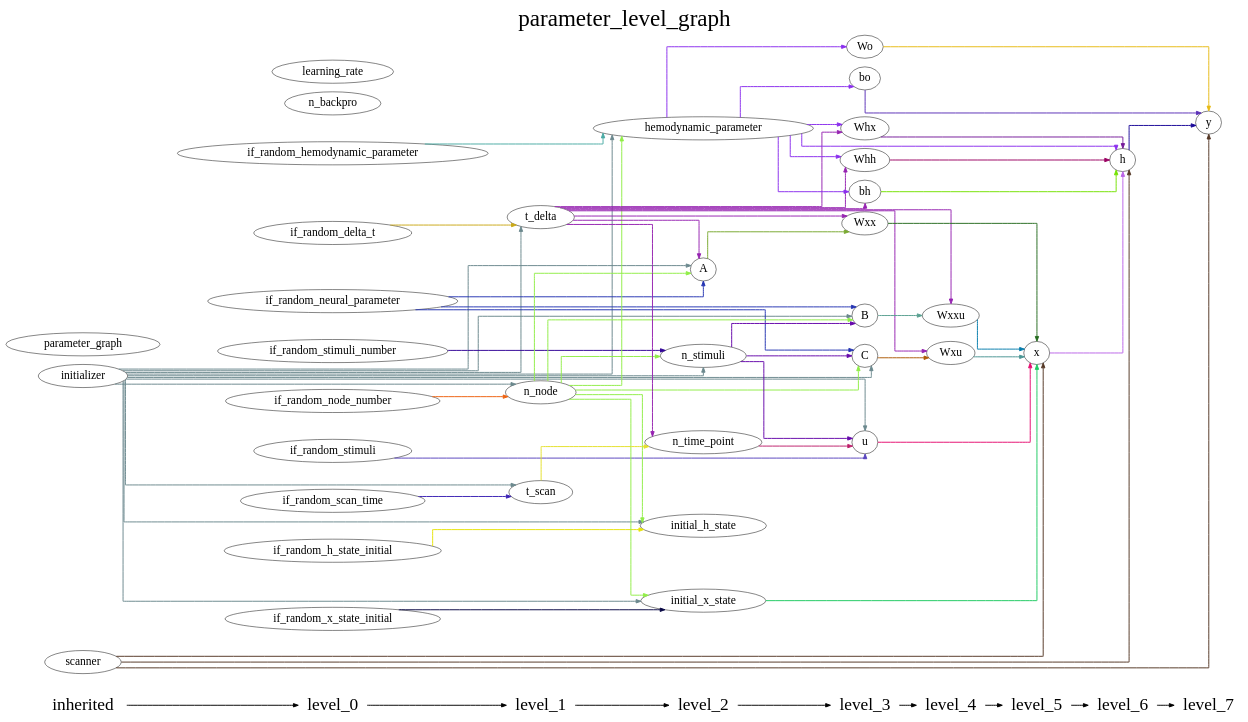
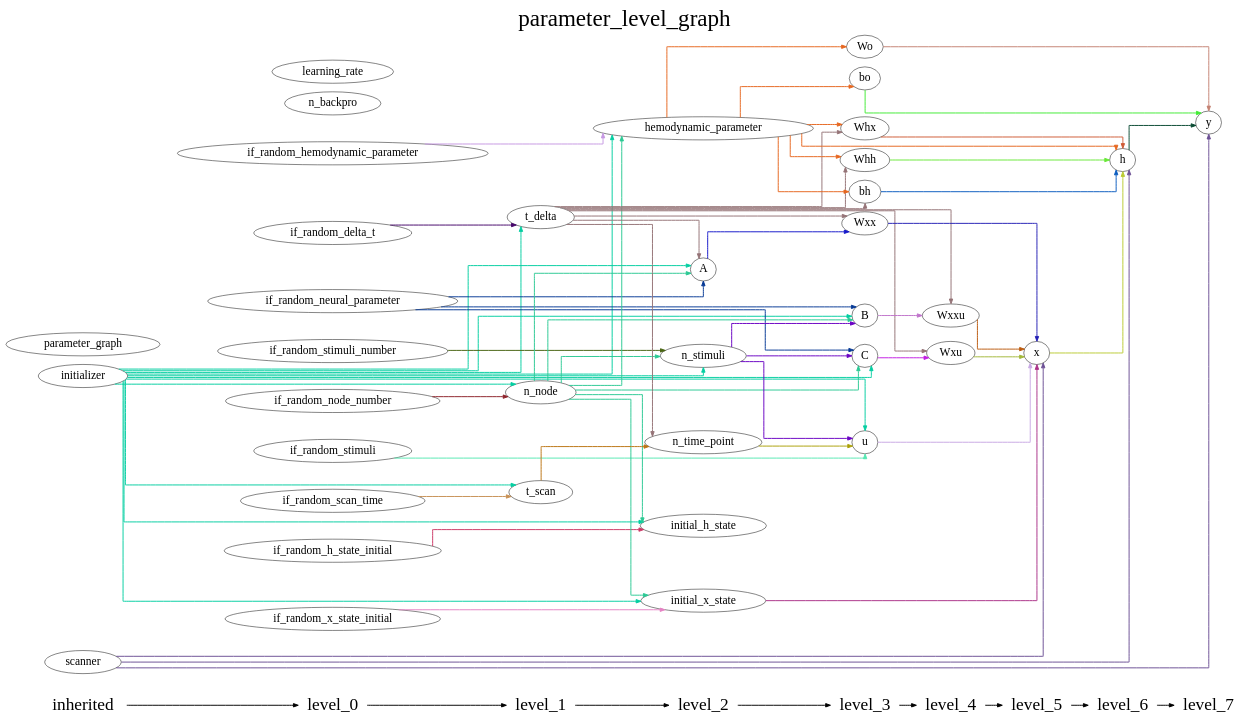
The diagram in DCM_RNN/documents/parameter_level_graph.gv (YuanWangOnward/DCM_RNN), drawn with Graphviz before and after one commit. The commit also changed 4 other files, not shown here.

```diff
--- a/DCM_RNN/documents/parameter_level_graph.gv
+++ b/DCM_RNN/documents/parameter_level_graph.gv
@@ -1,156 +1,156 @@
 digraph G {
           splines=ortho;
           fontsize = 48;
           rankdir = "LR";
           node[fontsize=24];
           edge[penwidth=2];
           {
           node [shape=plaintext fontsize=36];
           inherited -> 
           level_0 -> 
           level_1 -> 
           level_2 -> 
           level_3 -> 
           level_4 -> 
           level_5 -> 
           level_6 -> 
           level_7
           }
           {rank = same;
           inherited;
           initializer;
           parameter_graph;
           scanner;
           }
           {rank = same;
           level_0;
           if_random_neural_parameter;
           if_random_hemodynamic_parameter;
           if_random_x_state_initial;
           if_random_h_state_initial;
           if_random_stimuli;
           if_random_node_number;
           if_random_stimuli_number;
           if_random_delta_t;
           if_random_scan_time;
           n_backpro;
           learning_rate;
           }
           {rank = same;
           level_1;
           n_node;
           t_delta;
           t_scan;
           }
           {rank = same;
           level_2;
           n_time_point;
           n_stimuli;
           A;
           hemodynamic_parameter;
           initial_x_state;
           initial_h_state;
           }
           {rank = same;
           level_3;
           u;
           B;
           C;
           Wxx;
           Whx;
           Whh;
           bh;
           Wo;
           bo;
           }
           {rank = same;
           level_4;
           Wxxu;
           Wxu;
           }
           {rank = same;
           level_5;
           x;
           }
           {rank = same;
           level_6;
           h;
           }
           {rank = same;
           level_7;
           y;
           }
-          u -> x [color="#E60C70"];
-          Wo -> y [color="#E7BA15"];
-          t_delta -> A [color="#9623B1"];
-          t_delta -> n_time_point [color="#9623B1"];
-          t_delta -> Whh [color="#9623B1"];
-          t_delta -> Wxx [color="#9623B1"];
-          t_delta -> Wxxu [color="#9623B1"];
-          t_delta -> Wxu [color="#9623B1"];
-          t_delta -> Whx [color="#9623B1"];
-          t_delta -> bh [color="#9623B1"];
-          initializer -> u [color="#6B888E"];
-          initializer -> t_delta [color="#6B888E"];
-          initializer -> n_stimuli [color="#6B888E"];
-          initializer -> t_scan [color="#6B888E"];
-          initializer -> hemodynamic_parameter [color="#6B888E"];
-          initializer -> C [color="#6B888E"];
-          initializer -> B [color="#6B888E"];
-          initializer -> n_node [color="#6B888E"];
-          initializer -> A [color="#6B888E"];
-          initializer -> initial_h_state [color="#6B888E"];
-          initializer -> initial_x_state [color="#6B888E"];
-          if_random_x_state_initial -> initial_x_state [color="#080744"];
+          t_delta -> n_time_point [color="#957377"];
+          t_delta -> Wxu [color="#957377"];
+          t_delta -> bh [color="#957377"];
+          t_delta -> Whh [color="#957377"];
+          t_delta -> Wxxu [color="#957377"];
+          t_delta -> Wxx [color="#957377"];
+          t_delta -> A [color="#957377"];
+          t_delta -> Whx [color="#957377"];
+          n_time_point -> u [color="#ACA109"];
+          initial_x_state -> x [color="#AB3288"];
+          Wxu -> x [color="#A2B73A"];
+          scanner -> x [color="#6C5095"];
+          scanner -> h [color="#6C5095"];
+          scanner -> y [color="#6C5095"];
+          n_node -> n_stimuli [color="#2BC994"];
+          n_node -> initial_x_state [color="#2BC994"];
+          n_node -> hemodynamic_parameter [color="#2BC994"];
+          n_node -> initial_h_state [color="#2BC994"];
+          n_node -> B [color="#2BC994"];
+          n_node -> C [color="#2BC994"];
+          n_node -> A [color="#2BC994"];
+          bh -> h [color="#0B5CC0"];
+          if_random_delta_t -> t_delta [color="#46066A"];
+          initializer -> t_delta [color="#04CEA1"];
+          initializer -> n_node [color="#04CEA1"];
+          initializer -> n_stimuli [color="#04CEA1"];
+          initializer -> initial_x_state [color="#04CEA1"];
+          initializer -> hemodynamic_parameter [color="#04CEA1"];
+          initializer -> u [color="#04CEA1"];
+          initializer -> initial_h_state [color="#04CEA1"];
+          initializer -> B [color="#04CEA1"];
+          initializer -> C [color="#04CEA1"];
+          initializer -> A [color="#04CEA1"];
+          initializer -> t_scan [color="#04CEA1"];
+          learning_rate ;
+          Wxxu -> x [color="#BC5A0E"];
+          if_random_scan_time -> t_scan [color="#C89155"];
+          Wo -> y [color="#C58373"];
+          n_stimuli -> u [color="#6A03C4"];
+          n_stimuli -> B [color="#6A03C4"];
+          n_stimuli -> C [color="#6A03C4"];
+          if_random_neural_parameter -> B [color="#063995"];
+          if_random_neural_parameter -> C [color="#063995"];
+          if_random_neural_parameter -> A [color="#063995"];
+          Whh -> h [color="#69E839"];
+          if_random_x_state_initial -> initial_x_state [color="#E582C4"];
+          Whx -> h [color="#CE5B36"];
+          hemodynamic_parameter -> bh [color="#E66720"];
+          hemodynamic_parameter -> Wo [color="#E66720"];
+          hemodynamic_parameter -> Whh [color="#E66720"];
+          hemodynamic_parameter -> bo [color="#E66720"];
+          hemodynamic_parameter -> h [color="#E66720"];
+          hemodynamic_parameter -> Whx [color="#E66720"];
+          parameter_graph ;
+          u -> x [color="#C8A9E4"];
+          Wxx -> x [color="#2420B5"];
           initial_h_state ;
+          B -> Wxxu [color="#C073CB"];
           n_backpro ;
-          if_random_neural_parameter -> C [color="#2535B2"];
-          if_random_neural_parameter -> B [color="#2535B2"];
-          if_random_neural_parameter -> A [color="#2535B2"];
-          t_scan -> n_time_point [color="#E4E02B"];
-          hemodynamic_parameter -> Wo [color="#8A2EEE"];
-          hemodynamic_parameter -> Whh [color="#8A2EEE"];
-          hemodynamic_parameter -> bo [color="#8A2EEE"];
-          hemodynamic_parameter -> Whx [color="#8A2EEE"];
-          hemodynamic_parameter -> h [color="#8A2EEE"];
-          hemodynamic_parameter -> bh [color="#8A2EEE"];
-          if_random_scan_time -> t_scan [color="#3C23B5"];
-          C -> Wxu [color="#AE5B07"];
-          B -> Wxxu [color="#59A091"];
-          Wxx -> x [color="#266C20"];
-          n_node -> n_stimuli [color="#91EE48"];
-          n_node -> hemodynamic_parameter [color="#91EE48"];
-          n_node -> C [color="#91EE48"];
-          n_node -> B [color="#91EE48"];
-          n_node -> A [color="#91EE48"];
-          n_node -> initial_h_state [color="#91EE48"];
-          n_node -> initial_x_state [color="#91EE48"];
-          if_random_hemodynamic_parameter -> hemodynamic_parameter [color="#4BABA5"];
-          scanner -> x [color="#543725"];
-          scanner -> h [color="#543725"];
-          scanner -> y [color="#543725"];
-          parameter_graph ;
-          if_random_node_number -> n_node [color="#EE6210"];
-          A -> Wxx [color="#79A930"];
-          n_time_point -> u [color="#BE206C"];
-          learning_rate ;
-          h -> y [color="#190798"];
-          Whh -> h [color="#9A0363"];
-          if_random_h_state_initial -> initial_h_state [color="#E6E308"];
-          x -> h [color="#BB65E9"];
-          bo -> y [color="#5A30B7"];
-          if_random_stimuli -> u [color="#5844BE"];
-          n_stimuli -> u [color="#6608AB"];
-          n_stimuli -> C [color="#6608AB"];
-          n_stimuli -> B [color="#6608AB"];
-          if_random_stimuli_number -> n_stimuli [color="#310497"];
-          Wxxu -> x [color="#057CAC"];
-          Wxu -> x [color="#4B9594"];
-          Whx -> h [color="#741B99"];
-          if_random_delta_t -> t_delta [color="#CAA917"];
-          bh -> h [color="#74E202"];
+          bo -> y [color="#41EC35"];
+          x -> h [color="#BBCB34"];
+          C -> Wxu [color="#C31EE3"];
+          h -> y [color="#084931"];
+          A -> Wxx [color="#1517CA"];
+          if_random_h_state_initial -> initial_h_state [color="#CC3966"];
+          if_random_stimuli -> u [color="#56E8B2"];
+          if_random_stimuli_number -> n_stimuli [color="#486411"];
           y ;
-          initial_x_state -> x [color="#1ECA62"];
+          if_random_node_number -> n_node [color="#8E232B"];
+          if_random_hemodynamic_parameter -> hemodynamic_parameter [color="#C698E2"];
+          t_scan -> n_time_point [color="#BC7513"];
           labelloc = "t";
           label = "parameter_level_graph";
 }
```
